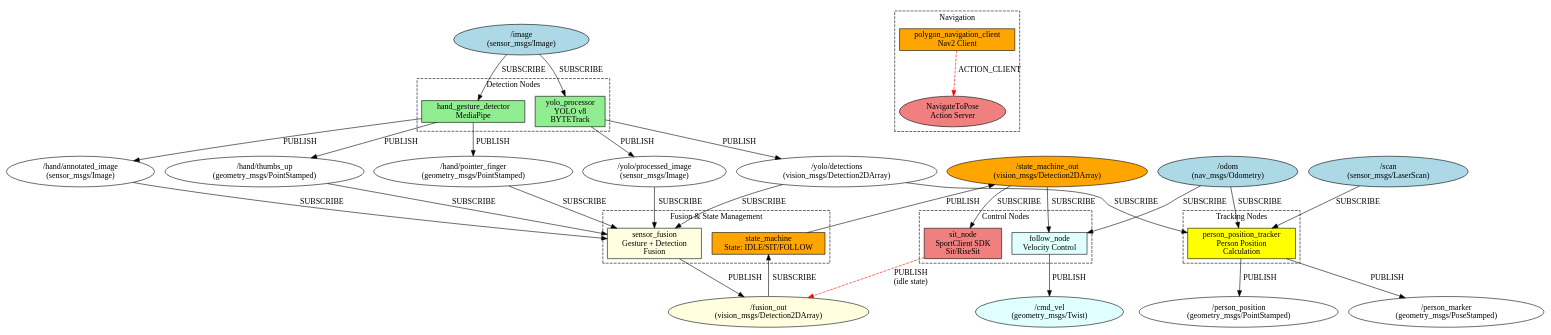
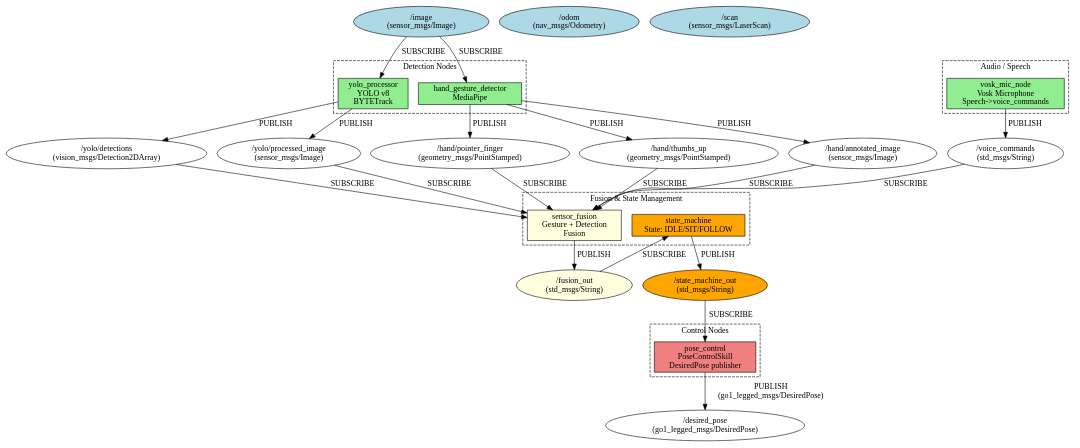
Before and after one commit to Luk-stud/HRI: the diagram in polygon_nav/ros2_architecture.gv, drawn with Graphviz. The commit also changed 7 other files, not shown here.

```diff
--- a/polygon_nav/ros2_architecture.gv
+++ b/polygon_nav/ros2_architecture.gv
@@ -1,109 +1,98 @@
 digraph ROS2_Architecture {
     rankdir=TB;
     node [shape=box, style=rounded];
     
     // External Topics (Source)
     image_input [label="/image\n(sensor_msgs/Image)", shape=ellipse, style=filled, fillcolor=lightblue];
     odom_input [label="/odom\n(nav_msgs/Odometry)", shape=ellipse, style=filled, fillcolor=lightblue];
     scan_input [label="/scan\n(sensor_msgs/LaserScan)", shape=ellipse, style=filled, fillcolor=lightblue];
     
     // Nodes
     subgraph cluster_detection {
         label="Detection Nodes";
         style=dashed;
         
         yolo_node [label="yolo_processor\nYOLO v8\nBYTETrack", style=filled, fillcolor=lightgreen];
         hand_node [label="hand_gesture_detector\nMediaPipe", style=filled, fillcolor=lightgreen];
     }
     
     subgraph cluster_fusion {
         label="Fusion & State Management";
         style=dashed;
         
         sensor_fusion [label="sensor_fusion\nGesture + Detection\nFusion", style=filled, fillcolor=lightyellow];
         state_machine [label="state_machine\nState: IDLE/SIT/FOLLOW", style=filled, fillcolor=orange];
     }
     
-    subgraph cluster_tracking {
-        label="Tracking Nodes";
-        style=dashed;
-        
-        person_tracker [label="person_position_tracker\nPerson Position\nCalculation", style=filled, fillcolor=yellow];
-    }
+    /* Tracking nodes removed (person_position_tracker deprecated) */
     
     subgraph cluster_control {
         label="Control Nodes";
         style=dashed;
-        
-        sit_node [label="sit_node\nSportClient SDK\nSit/RiseSit", style=filled, fillcolor=lightcoral];
-        follow_node [label="follow_node\nVelocity Control", style=filled, fillcolor=lightcyan];
+        pose_control [label="pose_control\nPoseControlSkill\nDesiredPose publisher", style=filled, fillcolor=lightcoral];
     }
     
-    subgraph cluster_nav {
-        label="Navigation";
-        style=dashed;
-        
-        nav_client [label="polygon_navigation_client\nNav2 Client", style=filled, fillcolor=orange];
-        nav_action [label="NavigateToPose\nAction Server", shape=ellipse, style=filled, fillcolor=lightcoral];
-    }
+    /* Navigation client removed (polygon_navigation_client deprecated) */
     
     // Internal Topics
     yolo_detections [label="/yolo/detections\n(vision_msgs/Detection2DArray)", shape=ellipse];
     yolo_image [label="/yolo/processed_image\n(sensor_msgs/Image)", shape=ellipse];
     hand_finger [label="/hand/pointer_finger\n(geometry_msgs/PointStamped)", shape=ellipse];
     hand_thumbs_up [label="/hand/thumbs_up\n(geometry_msgs/PointStamped)", shape=ellipse];
     hand_image [label="/hand/annotated_image\n(sensor_msgs/Image)", shape=ellipse];
-    fusion_out [label="/fusion_out\n(vision_msgs/Detection2DArray)", shape=ellipse, style=filled, fillcolor=lightyellow];
-    state_machine_out [label="/state_machine_out\n(vision_msgs/Detection2DArray)", shape=ellipse, style=filled, fillcolor=orange];
-    person_pos [label="/person_position\n(geometry_msgs/PointStamped)", shape=ellipse];
-    person_marker [label="/person_marker\n(geometry_msgs/PoseStamped)", shape=ellipse];
-    cmd_vel [label="/cmd_vel\n(geometry_msgs/Twist)", shape=ellipse, style=filled, fillcolor=lightcyan];
+    fusion_out [label="/fusion_out\n(std_msgs/String)", shape=ellipse, style=filled, fillcolor=lightyellow];
+    state_machine_out [label="/state_machine_out\n(std_msgs/String)", shape=ellipse, style=filled, fillcolor=orange];
+    voice_commands [label="/voice_commands\n(std_msgs/String)", shape=ellipse];
+    /* robot_behavior_state removed - pose_control subscribes to state_machine_out now */
+    desired_pose [label="/desired_pose\n(go1_legged_msgs/DesiredPose)", shape=ellipse];
+    /* person_position and nav_action topics removed (tracking & nav client deprecated) */
     
     // Input connections
     image_input -> yolo_node [label="SUBSCRIBE"];
     image_input -> hand_node [label="SUBSCRIBE"];
     
-    odom_input -> person_tracker [label="SUBSCRIBE"];
-    odom_input -> follow_node [label="SUBSCRIBE"];
-    scan_input -> person_tracker [label="SUBSCRIBE"];
+    /* odom/scan -> person_tracker removed (person_position_tracker deprecated) */
     
     // YOLO Node connections
     yolo_node -> yolo_detections [label="PUBLISH"];
     yolo_node -> yolo_image [label="PUBLISH"];
     
     // Hand Node connections
     hand_node -> hand_finger [label="PUBLISH"];
     hand_node -> hand_thumbs_up [label="PUBLISH"];
     hand_node -> hand_image [label="PUBLISH"];
+
+    // Microphone node (speech -> voice commands)
+    subgraph cluster_audio {
+        label="Audio / Speech";
+        style=dashed;
+        mic_node [label="vosk_mic_node\nVosk Microphone\nSpeech->voice_commands", style=filled, fillcolor=lightgreen];
+    }
+    mic_node -> voice_commands [label="PUBLISH"];
+    voice_commands -> sensor_fusion [label="SUBSCRIBE"];
     
     // Sensor Fusion connections
     yolo_detections -> sensor_fusion [label="SUBSCRIBE"];
     yolo_image -> sensor_fusion [label="SUBSCRIBE"];
     hand_finger -> sensor_fusion [label="SUBSCRIBE"];
     hand_thumbs_up -> sensor_fusion [label="SUBSCRIBE"];
     hand_image -> sensor_fusion [label="SUBSCRIBE"];
     sensor_fusion -> fusion_out [label="PUBLISH"];
     
     // State Machine connections
     fusion_out -> state_machine [label="SUBSCRIBE"];
     state_machine -> state_machine_out [label="PUBLISH"];
     
-    // Sit Node connections (bidirectional with fusion_out)
-    state_machine_out -> sit_node [label="SUBSCRIBE"];
-    sit_node -> fusion_out [label="PUBLISH\n(idle state)", style=dashed, color=red];
+    // pose_control connections (listens to state_machine_out, publishes desired_pose)
+    state_machine_out -> pose_control [label="SUBSCRIBE"];
+    pose_control -> desired_pose [label="PUBLISH\n(go1_legged_msgs/DesiredPose)"];
     
-    // Follow Node connections
-    state_machine_out -> follow_node [label="SUBSCRIBE"];
-    follow_node -> cmd_vel [label="PUBLISH"];
+    // Follow node removed — velocity control handled elsewhere (nav client / other controllers)
     
-    // Person Tracker connections
-    yolo_detections -> person_tracker [label="SUBSCRIBE"];
-    person_tracker -> person_pos [label="PUBLISH"];
-    person_tracker -> person_marker [label="PUBLISH"];
+    // Person tracker removed — person position published by other components if needed
     
-    // Navigation connections
-    nav_client -> nav_action [label="ACTION_CLIENT", style=dashed, color=red];
+    // Navigation client removed
     
     // Styling
     edge [color=blue];
 }
```
